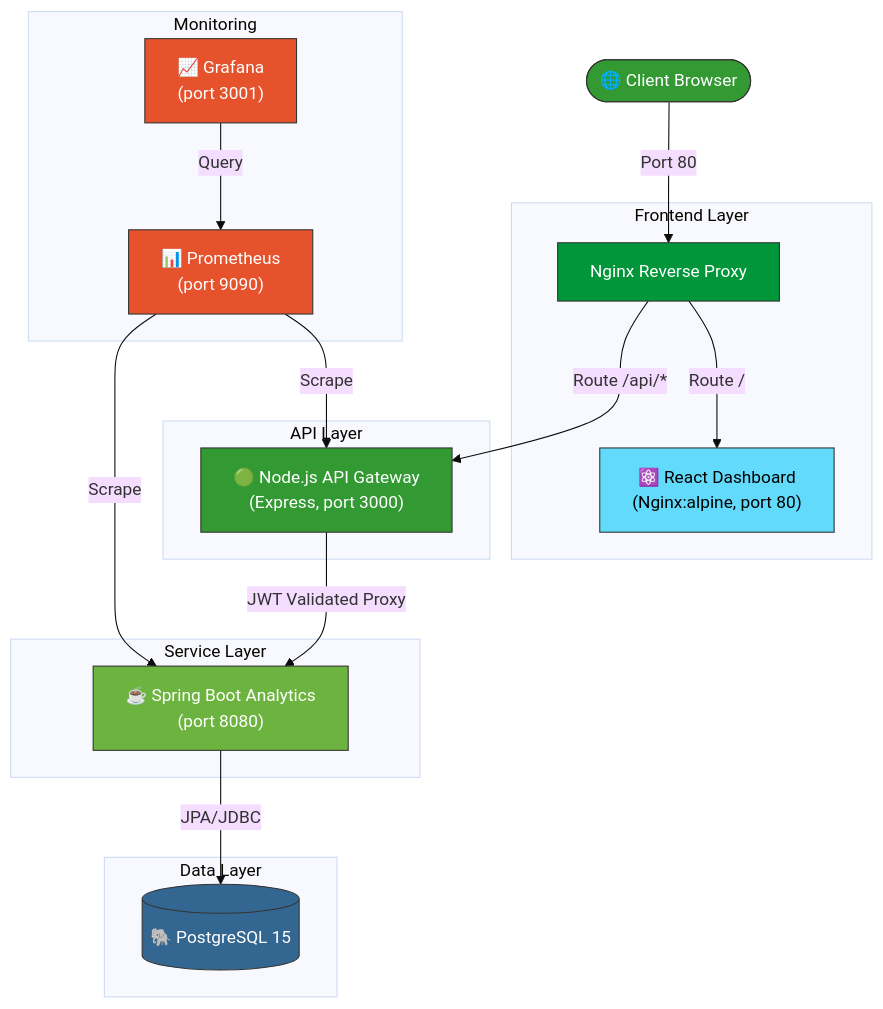
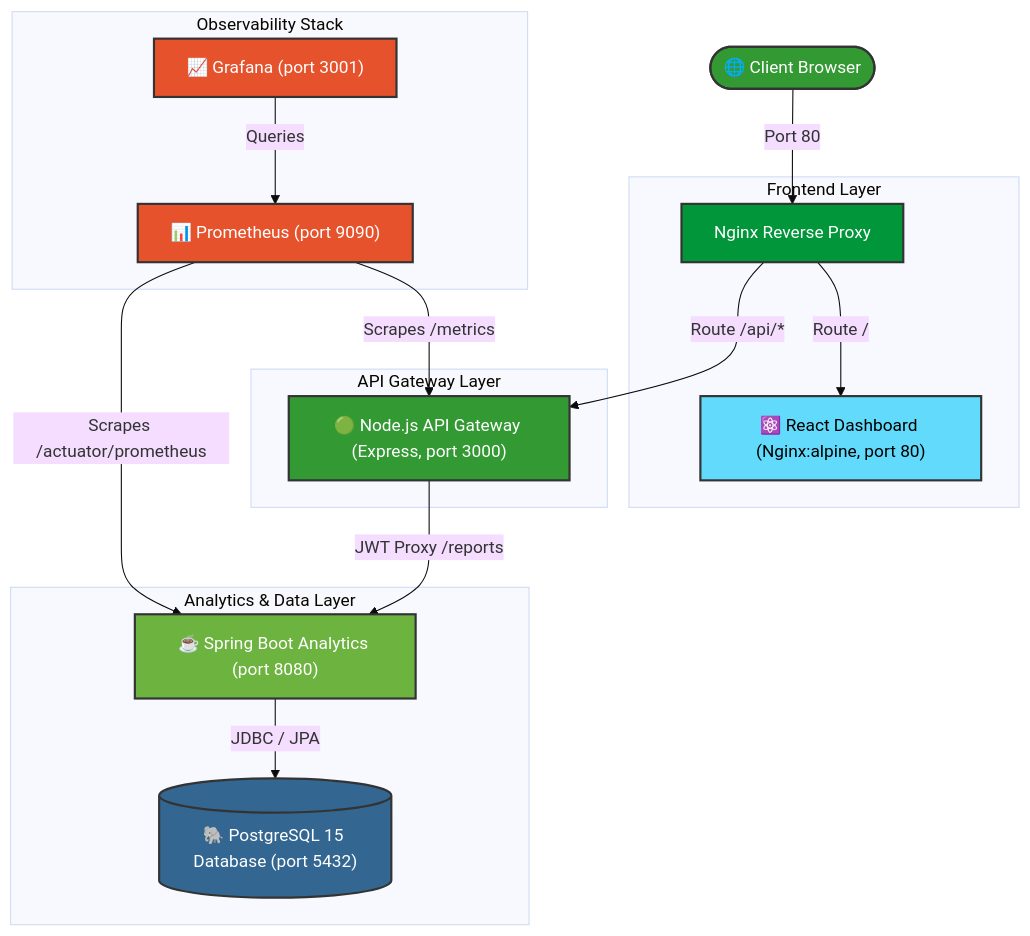
Before and after one commit to deewakar05/Orion-cicd-platform: the first of 2 diagrams in README.md, drawn with Mermaid (base theme). The commit also changed other lines of this file, not shown here.

````diff
--- a/README.md
+++ b/README.md
@@ -47,40 +69,37 @@
 ```mermaid
 graph TD
     Client([🌐 Client Browser]) -->|Port 80| Nginx[Nginx Reverse Proxy]
 
-    subgraph Frontend Layer
-        Nginx -->|"Route /"| React["⚛️ React Dashboard\n(Nginx:alpine, port 80)"]
+    subgraph "Frontend Layer"
+        Nginx -->|"Route /"| React["⚛️ React Dashboard (Nginx:alpine, port 80)"]
     end
 
-    subgraph API Layer
-        Nginx -->|"Route /api/*"| NodeGW["🟢 Node.js API Gateway\n(Express, port 3000)"]
+    subgraph "API Gateway Layer"
+        Nginx -->|"Route /api/*"| NodeGW["🟢 Node.js API Gateway (Express, port 3000)"]
     end
 
-    subgraph Service Layer
-        NodeGW -->|JWT Validated Proxy| JavaSvc["☕ Spring Boot Analytics\n(port 8080)"]
+    subgraph "Analytics & Data Layer"
+        NodeGW -->|"JWT Proxy /reports"| JavaSvc["☕ Spring Boot Analytics (port 8080)"]
+        JavaSvc -->|"JDBC / JPA"| DB[("🐘 PostgreSQL 15 Database (port 5432)")]
     end
 
-    subgraph Data Layer
-        JavaSvc -->|JPA/JDBC| DB[("🐘 PostgreSQL 15")]
+    subgraph "Observability Stack"
+        Prometheus["📊 Prometheus (port 9090)"] -->|"Scrapes /metrics"| NodeGW
+        Prometheus -->|"Scrapes /actuator/prometheus"| JavaSvc
+        Grafana["📈 Grafana (port 3001)"] -->|"Queries"| Prometheus
     end
 
-    subgraph Monitoring
-        Prometheus["📊 Prometheus\n(port 9090)"] -->|Scrape| NodeGW
-        Prometheus -->|Scrape| JavaSvc
-        Grafana["📈 Grafana\n(port 3001)"] -->|Query| Prometheus
-    end
-
-    classDef proxy fill:#009639,stroke:#333,color:#fff;
-    classDef react fill:#61DAFB,stroke:#333,color:#000;
-    classDef node fill:#339933,stroke:#333,color:#fff;
-    classDef java fill:#6DB33F,stroke:#333,color:#fff;
-    classDef pg fill:#336791,stroke:#333,color:#fff;
-    classDef monitor fill:#E6522C,stroke:#333,color:#fff;
+    classDef proxy fill:#009639,stroke:#333,color:#fff,stroke-width:2px;
+    classDef react fill:#61DAFB,stroke:#333,color:#000,stroke-width:2px;
+    classDef node fill:#339933,stroke:#333,color:#fff,stroke-width:2px;
+    classDef java fill:#6DB33F,stroke:#333,color:#fff,stroke-width:2px;
+    classDef pg fill:#336791,stroke:#333,color:#fff,stroke-width:2px;
+    classDef monitor fill:#E6522C,stroke:#333,color:#fff,stroke-width:2px;
 
     class Nginx proxy;
     class React react;
     class NodeGW node;
     class JavaSvc java;
     class DB pg;
     class Prometheus,Grafana monitor;
 ```
````
